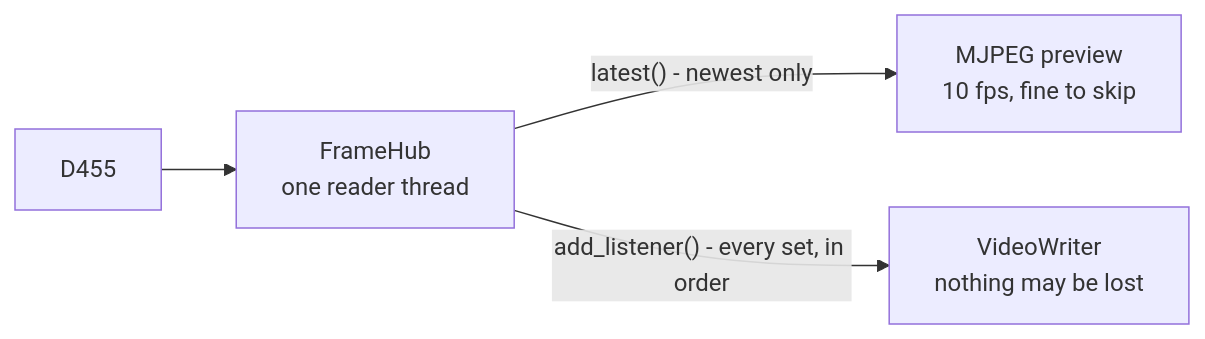
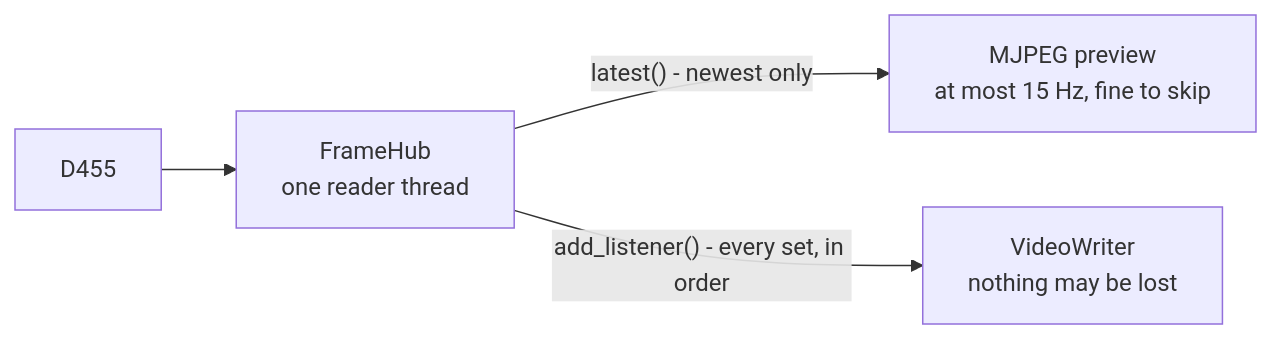
Before and after one commit to tkanek0/rererecorder: the second of 2 diagrams in docs/design.md, drawn with Mermaid. The commit also changed other lines of this file and 5 other files, not shown here.

````diff
--- a/docs/design.md
+++ b/docs/design.md
@@ -87,6 +87,6 @@
 ```mermaid
 flowchart LR
     CAM["D455"] --> HUB["FrameHub<br/>one reader thread"]
-    HUB -->|"latest() - newest only"| PRE["MJPEG preview<br/>10 fps, fine to skip"]
+    HUB -->|"latest() - newest only"| PRE["MJPEG preview<br/>at most 15 Hz, fine to skip"]
     HUB -->|"add_listener() - every set, in order"| REC["VideoWriter<br/>nothing may be lost"]
 ```
````
